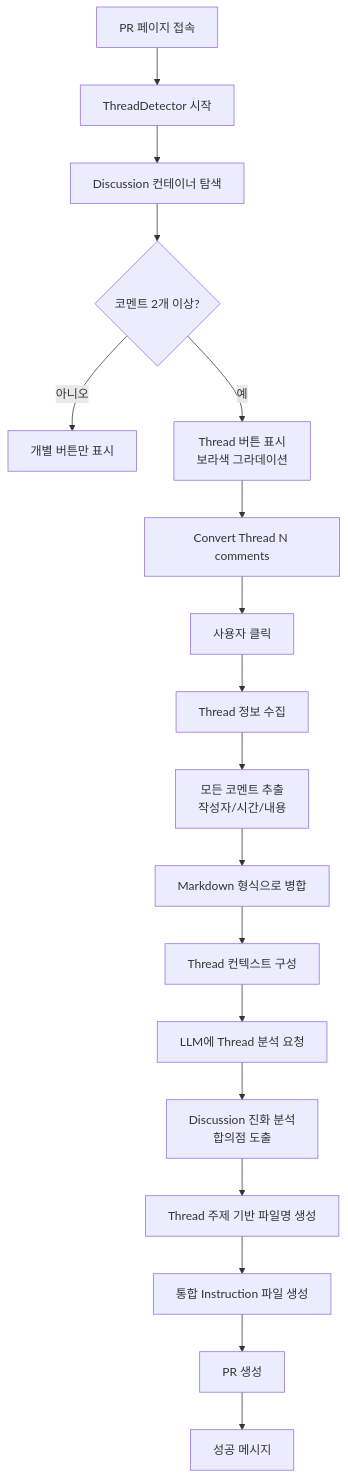
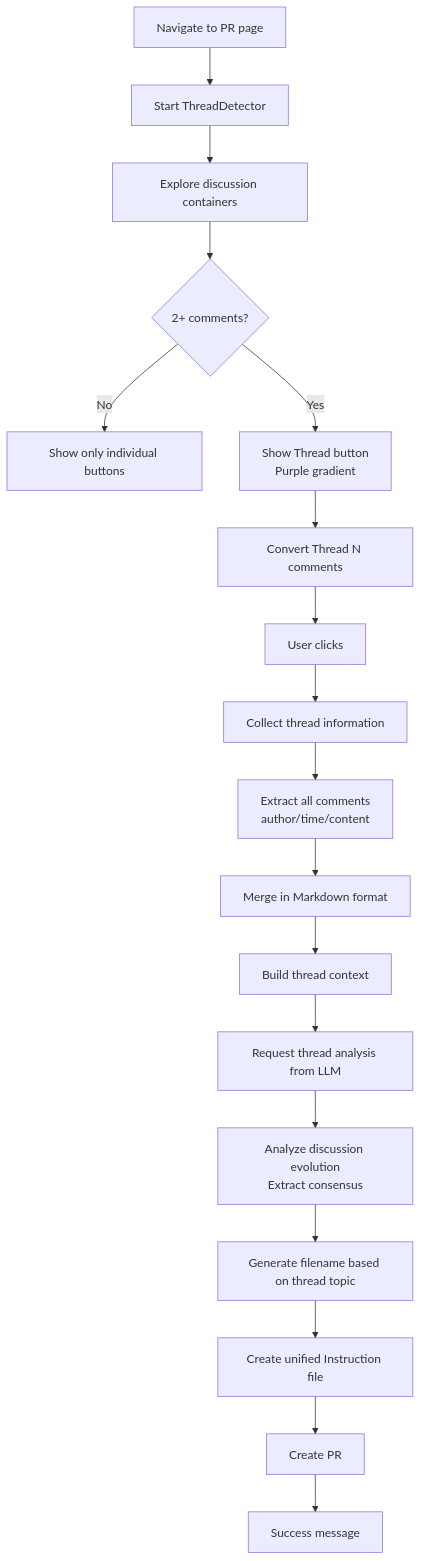
One commit to sunio00000/review-to-instruction changed the third of 6 diagrams in docs/USER_FLOWS.md. Above: the diagram before and after it, drawn with Mermaid. The commit also changed other lines of this file and 10 other files, not shown here.

````diff
--- a/docs/USER_FLOWS.md
+++ b/docs/USER_FLOWS.md
@@ -315,20 +315,20 @@
 ```mermaid
 flowchart TD
-    A[PR 페이지 접속] --> B[ThreadDetector 시작]
-    B --> C[Discussion 컨테이너 탐색]
-    C --> D{코멘트 2개 이상?}
-    D -->|아니오| E[개별 버튼만 표시]
-    D -->|예| F[Thread 버튼 표시<br/>보라색 그라데이션]
+    A[Navigate to PR page] --> B[Start ThreadDetector]
+    B --> C[Explore discussion containers]
+    C --> D{2+ comments?}
+    D -->|No| E[Show only individual buttons]
+    D -->|Yes| F[Show Thread button<br/>Purple gradient]
     F --> G[Convert Thread N comments]
-    G --> H[사용자 클릭]
-    H --> I[Thread 정보 수집]
-    I --> J[모든 코멘트 추출<br/>작성자/시간/내용]
-    J --> K[Markdown 형식으로 병합]
-    K --> L[Thread 컨텍스트 구성]
-    L --> M[LLM에 Thread 분석 요청]
-    M --> N[Discussion 진화 분석<br/>합의점 도출]
-    N --> O[Thread 주제 기반 파일명 생성]
-    O --> P[통합 Instruction 파일 생성]
-    P --> Q[PR 생성]
-    Q --> R[성공 메시지]
+    G --> H[User clicks]
+    H --> I[Collect thread information]
+    I --> J[Extract all comments<br/>author/time/content]
+    J --> K[Merge in Markdown format]
+    K --> L[Build thread context]
+    L --> M[Request thread analysis from LLM]
+    M --> N[Analyze discussion evolution<br/>Extract consensus]
+    N --> O[Generate filename based on thread topic]
+    O --> P[Create unified Instruction file]
+    P --> Q[Create PR]
+    Q --> R[Success message]
 ```
````
